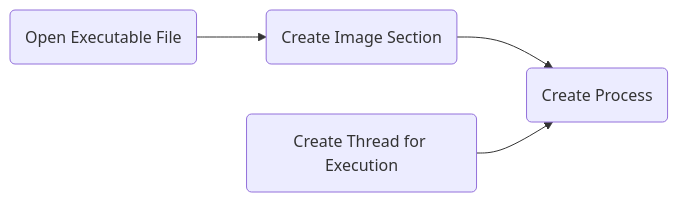
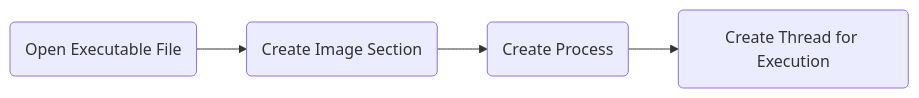
One commit to niri81/process-ghosting changed the first of 3 diagrams in presentation/slides.md. Above: the diagram before and after it, drawn with Mermaid. The commit also changed other lines of this file, not shown here.

Commit message:
feat: make process diagram better understandable

````diff
--- a/presentation/slides.md
+++ b/presentation/slides.md
@@ -71,10 +70,9 @@
 ```mermaid
 graph LR
 A(Open Executable File)
 B(Create Image Section)
 C(Create Process)
 D(Create Thread for Execution)
 
-A --> B --> C
-D --> C
+A --> B --> C --> D
 ```
````
